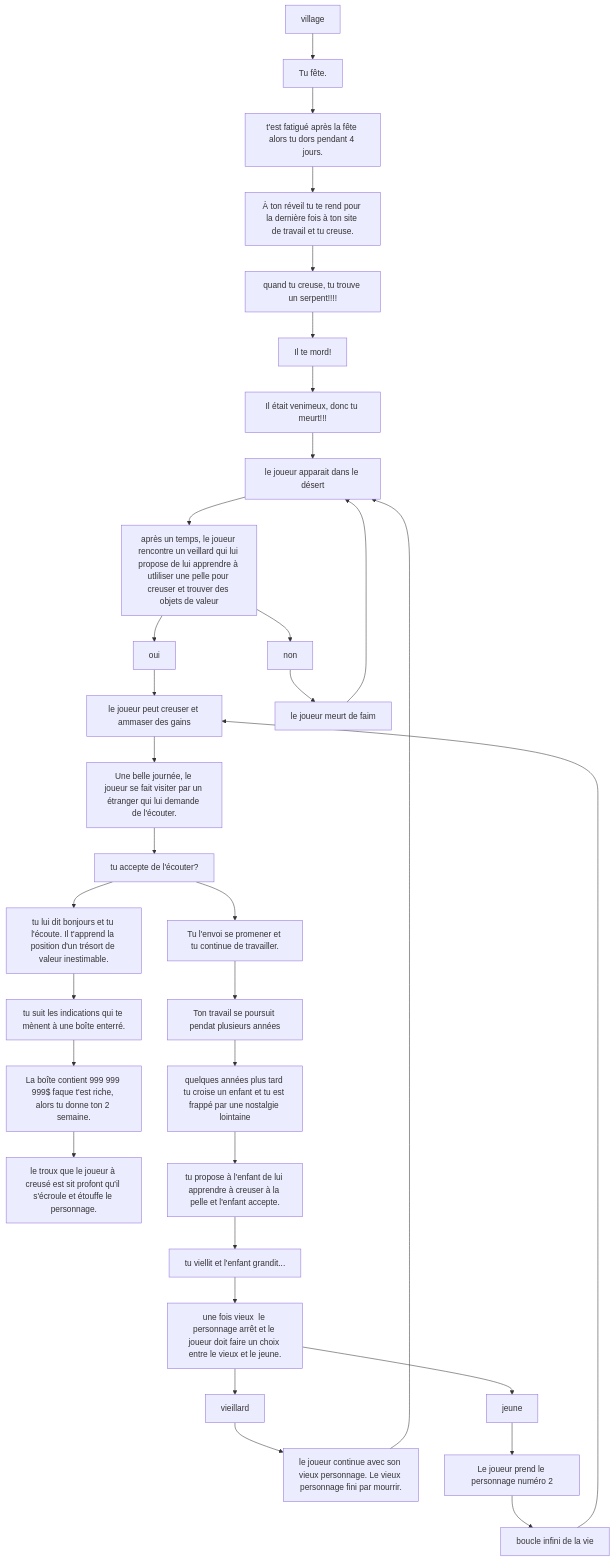
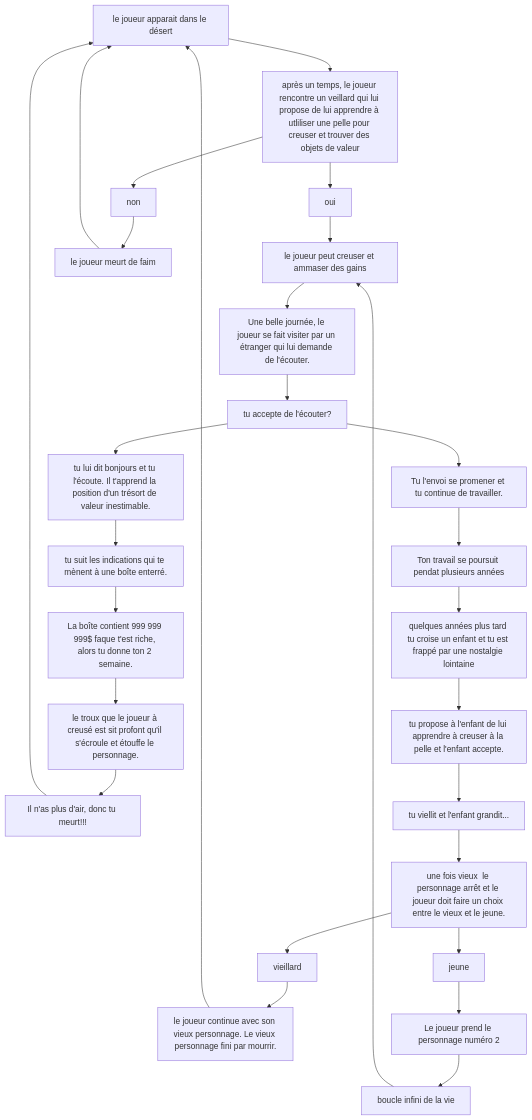
The diagram in README.md (KevenMalric/E2), drawn with Mermaid before and after one commit.

````diff
--- a/README.md
+++ b/README.md
@@ -18,36 +18,31 @@
 ```mermaid
 graph TD;
     personnage[le joueur apparait dans le désert]-->apprenti?;
     apprenti?[après un temps, le joueur rencontre un veillard qui lui propose de lui apprendre à utliliser une pelle pour creuser et trouver des objets de valeur]-->oui;
     apprenti?[après un temps, le joueur rencontre un veillard qui lui propose de lui apprendre à utliliser une pelle pour creuser et trouver des objets de valeur]-->non;
     oui-->creuse[le joueur peut creuser et ammaser des gains];
     non-->décès[le joueur meurt de faim];
     décès-->personnage
     creuse-->visiteur[Une belle journée, le joueur se fait visiter par un étranger qui lui demande de l'écouter.];
     visiteur-->parle?[tu accepte de l'écouter?];
     parle?-->salut[tu lui dit bonjours et tu l'écoute. Il t'apprend la position d'un trésort de valeur inestimable.];
     parle?-->non2[Tu l'envoi se promener et tu continue de travailler.];
     salut-->trésort[tu suit les indications qui te mènent à une boîte enterré.];
     trésort-->argent[La boîte contient 999 999 999$ faque t'est riche, alors tu donne ton 2 semaine.];
     argent-->catastrophe[le troux que le joueur à creusé est sit profont qu'il s'écroule et étouffe le personnage.];
-    village-->fête[Tu fête.];
-    fête-->dors[t'est fatigué après la fête alors tu dors pendant 4 jours.];
-    dors-->creuse3[À ton réveil tu te rend pour la dernière fois à ton site de travail et tu creuse.];
-    creuse3-->serpent[quand tu creuse, tu trouve un serpent!!!!];
-    serpent-->mord[Il te mord!];
-    mord-->meurt[Il était venimeux, donc tu meurt!!!];
+    catastrophe-->meurt[Il n'as plus d'air, donc tu meurt!!!];
     meurt-->personnage;
     non2-->continue[Ton travail se poursuit pendat plusieurs années];
     continue-->enfant[quelques années plus tard tu croise un enfant et tu est frappé par une nostalgie lointaine];
     enfant-->tutel[tu propose à l'enfant de lui apprendre à creuser à la pelle et l'enfant accepte.];
     tutel-->vieux[tu viellit et l'enfant grandit...];
     vieux-->choix[une fois vieux  le personnage arrêt et le joueur doit faire un choix entre le vieux et le jeune.]
     choix-->vieillard;
     choix-->jeune;
     vieillard-->mort[le joueur continue avec son vieux personnage. Le vieux personnage fini par mourrir.];
     mort-->personnage;
     jeune-->personnage2[Le joueur prend le personnage numéro 2];
     personnage2-->loop[boucle infini de la vie]-->creuse;
     
 
 ```
````
